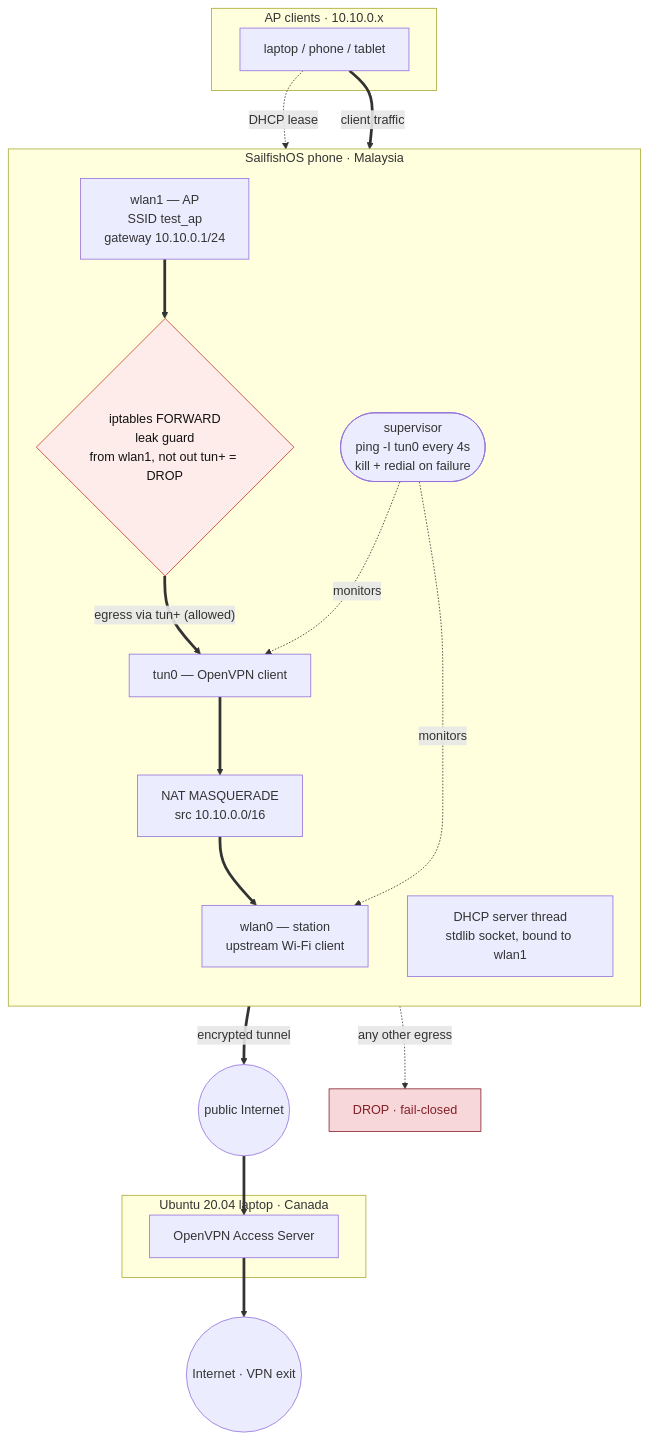
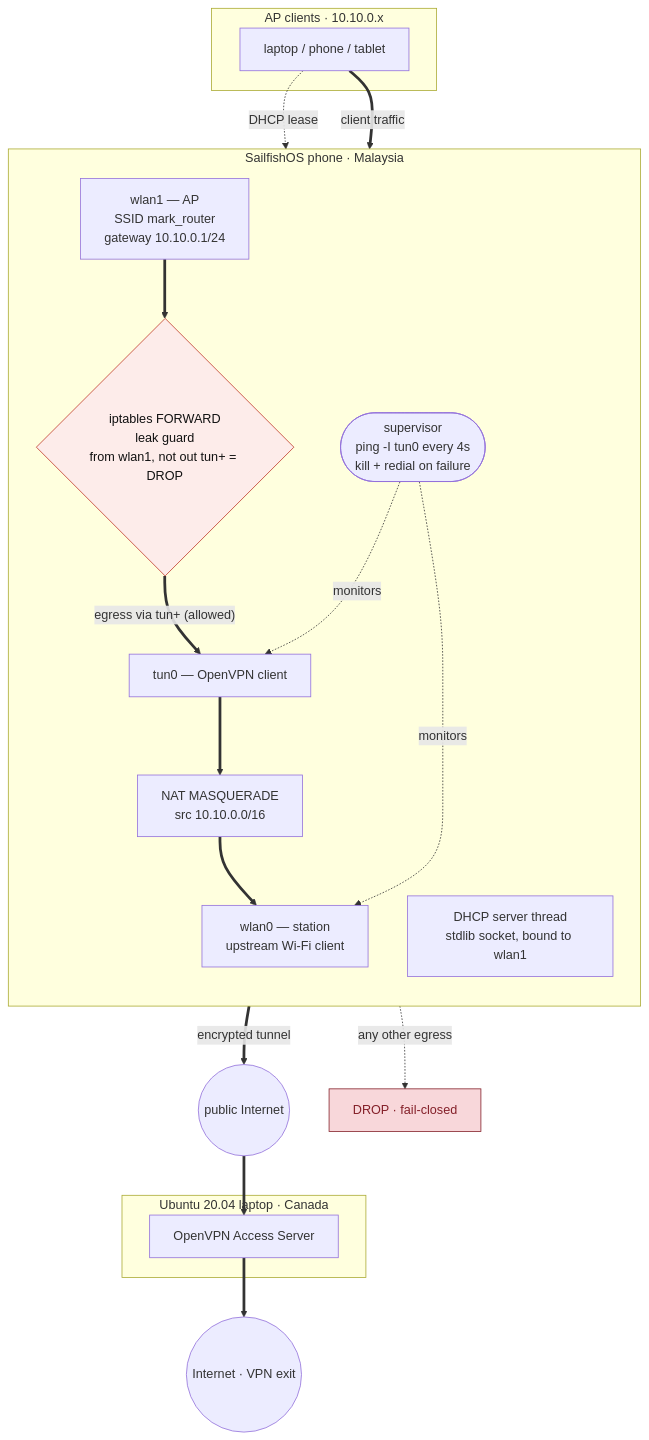
One commit to RetributionByRevenue/SailfishOS-wifi-access-point changed the diagram in README.md. Above: the diagram before and after it, drawn with Mermaid. The commit also changed other lines of this file and 1 other file, not shown here.

````diff
--- a/README.md
+++ b/README.md
@@ -109,44 +109,44 @@
 ```mermaid
 flowchart TB
     subgraph clients["AP clients · 10.10.0.x"]
         C["laptop / phone / tablet"]
     end
 
     subgraph phone["SailfishOS phone · Malaysia"]
         direction TB
-        WLAN1["wlan1 — AP<br/>SSID test_ap<br/>gateway 10.10.0.1/24"]
+        WLAN1["wlan1 — AP<br/>SSID mark_router<br/>gateway 10.10.0.1/24"]
         DHCP["DHCP server thread<br/>stdlib socket, bound to wlan1"]
         LG{"iptables FORWARD<br/>leak guard<br/>from wlan1, not out tun+ = DROP"}
         TUN0["tun0 — OpenVPN client"]
         NAT["NAT MASQUERADE<br/>src 10.10.0.0/16"]
         WLAN0["wlan0 — station<br/>upstream Wi-Fi client"]
         SUP(["supervisor<br/>ping -I tun0 every 4s<br/>kill + redial on failure"])
     end
 
     NET(("public Internet"))
 
     subgraph canada["Ubuntu 20.04 laptop · Canada"]
         AS["OpenVPN Access Server"]
     end
 
     EXIT(("Internet · VPN exit"))
 
     C -. "DHCP lease" .-> DHCP
     C == "client traffic" ==> WLAN1
     WLAN1 ==> LG
     LG == "egress via tun+ (allowed)" ==> TUN0
     LG -. "any other egress" .-> X["DROP · fail-closed"]
     TUN0 ==> NAT
     NAT ==> WLAN0
     WLAN0 == "encrypted tunnel" ==> NET
     NET ==> AS
     AS ==> EXIT
 
     SUP -. monitors .-> TUN0
     SUP -. monitors .-> WLAN0
 
     classDef guard fill:#fdecea,stroke:#c0392b,color:#111;
     classDef drop fill:#f8d7da,stroke:#842029,color:#842029;
     class LG guard;
     class X drop;
 ```
````
